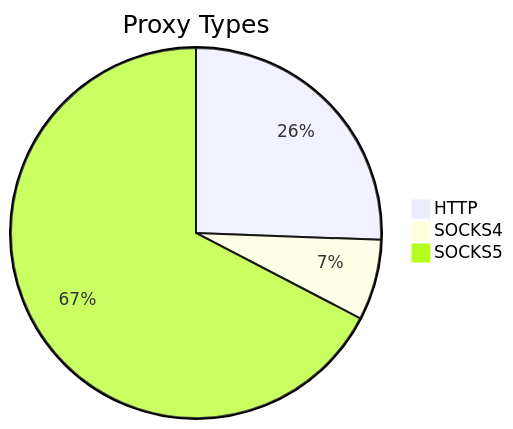
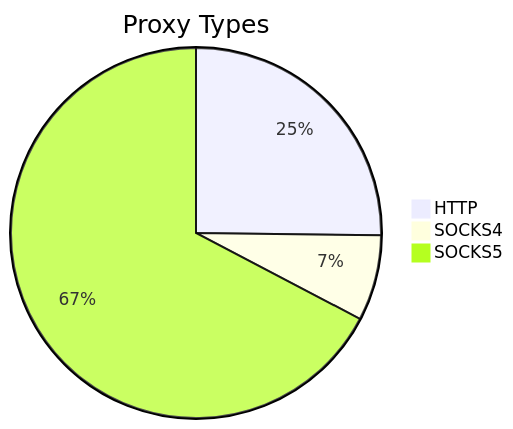
The first of 2 diagrams in README.md (stormsia/proxy-list), drawn with Mermaid before and after one commit. The commit also changed other lines of this file, not shown here.

````diff
--- a/README.md
+++ b/README.md
@@ -21,6 +21,6 @@
 ```mermaid
 pie title Proxy Types
-    "HTTP" : 109
-    "SOCKS4" : 30
-    "SOCKS5" : 287
+    "HTTP" : 128
+    "SOCKS4" : 38
+    "SOCKS5" : 342
 ```
````
